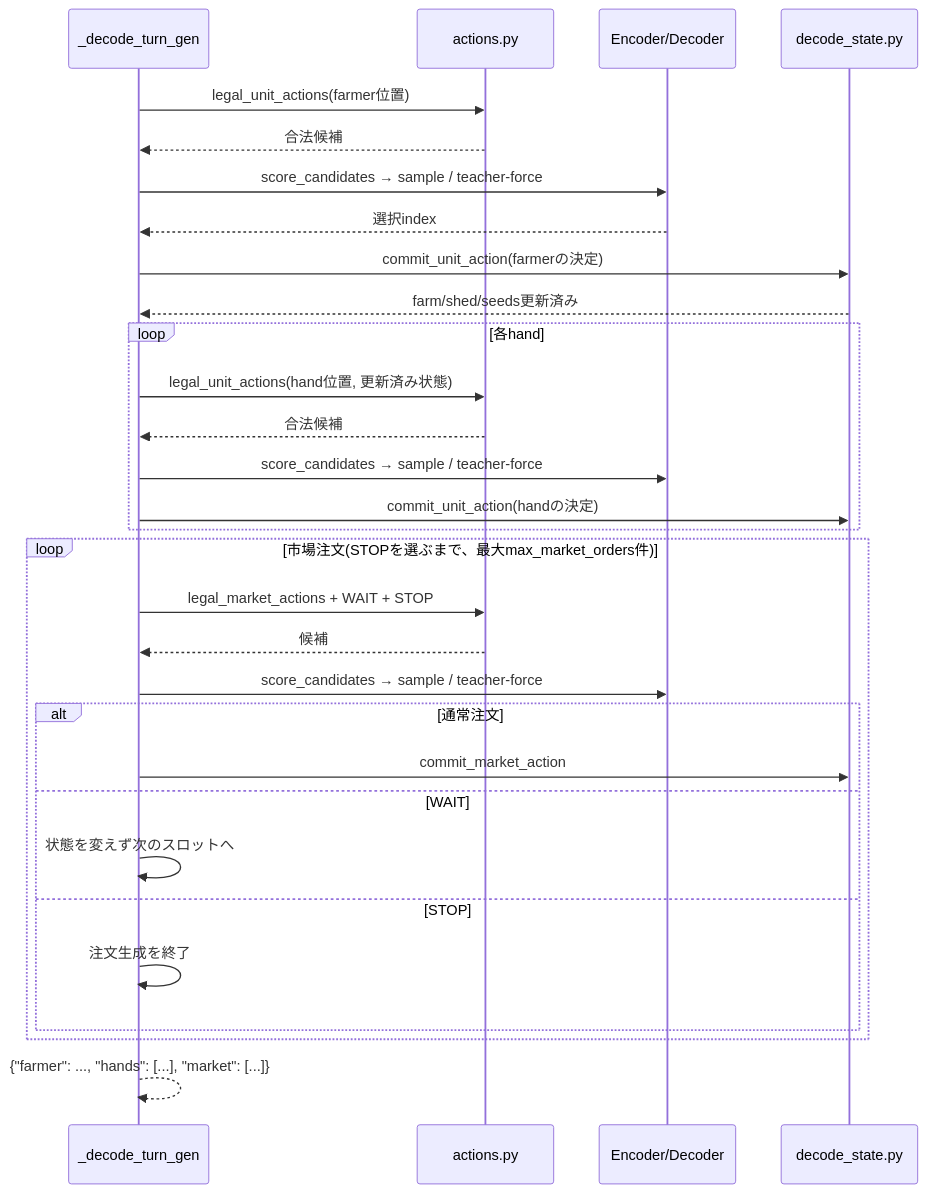
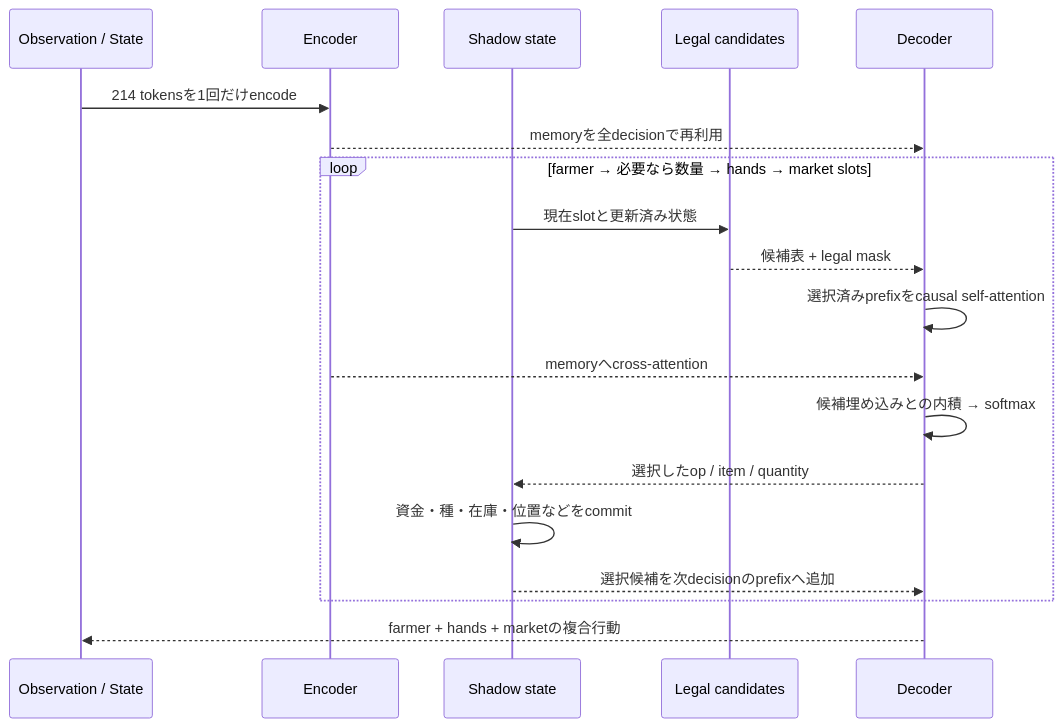
The fourth of 4 diagrams in src/kaggriculture/policy/README.md (atsushi11o7/kaggriculture), drawn with Mermaid before and after one commit. The commit also changed other lines of this file, not shown here.

````diff
--- a/src/kaggriculture/policy/README.md
+++ b/src/kaggriculture/policy/README.md
@@ -122,36 +140,24 @@
 ```mermaid
 sequenceDiagram
-    participant Gen as _decode_turn_gen
-    participant Act as actions.py
-    participant Net as Encoder/Decoder
-    participant DS as decode_state.py
+    participant O as Observation / State
+    participant E as Encoder
+    participant S as Shadow state
+    participant L as Legal candidates
+    participant D as Decoder
 
-    Gen->>Act: legal_unit_actions(farmer位置)
-    Act-->>Gen: 合法候補
-    Gen->>Net: score_candidates → sample / teacher-force
-    Net-->>Gen: 選択index
-    Gen->>DS: commit_unit_action(farmerの決定)
-    DS-->>Gen: farm/shed/seeds更新済み
+    O->>E: 214 tokensを1回だけencode
+    E-->>D: memoryを全decisionで再利用
 
-    loop 各hand
-        Gen->>Act: legal_unit_actions(hand位置, 更新済み状態)
-        Act-->>Gen: 合法候補
-        Gen->>Net: score_candidates → sample / teacher-force
-        Gen->>DS: commit_unit_action(handの決定)
+    loop farmer → 必要なら数量 → hands → market slots
+        S->>L: 現在slotと更新済み状態
+        L-->>D: 候補表 + legal mask
+        D->>D: 選択済みprefixをcausal self-attention
+        E-->>D: memoryへcross-attention
+        D->>D: 候補埋め込みとの内積 → softmax
+        D-->>S: 選択したop / item / quantity
+        S->>S: 資金・種・在庫・位置などをcommit
+        S-->>D: 選択候補を次decisionのprefixへ追加
     end
 
-    loop 市場注文(STOPを選ぶまで、最大max_market_orders件)
-        Gen->>Act: legal_market_actions + WAIT + STOP
-        Act-->>Gen: 候補
-        Gen->>Net: score_candidates → sample / teacher-force
-        alt 通常注文
-            Gen->>DS: commit_market_action
-        else WAIT
-            Gen->>Gen: 状態を変えず次のスロットへ
-        else STOP
-            Gen->>Gen: 注文生成を終了
-        end
-    end
-
-    Gen-->>Gen: {"farmer": ..., "hands": [...], "market": [...]}
+    D-->>O: farmer + hands + marketの複合行動
 ```
````
